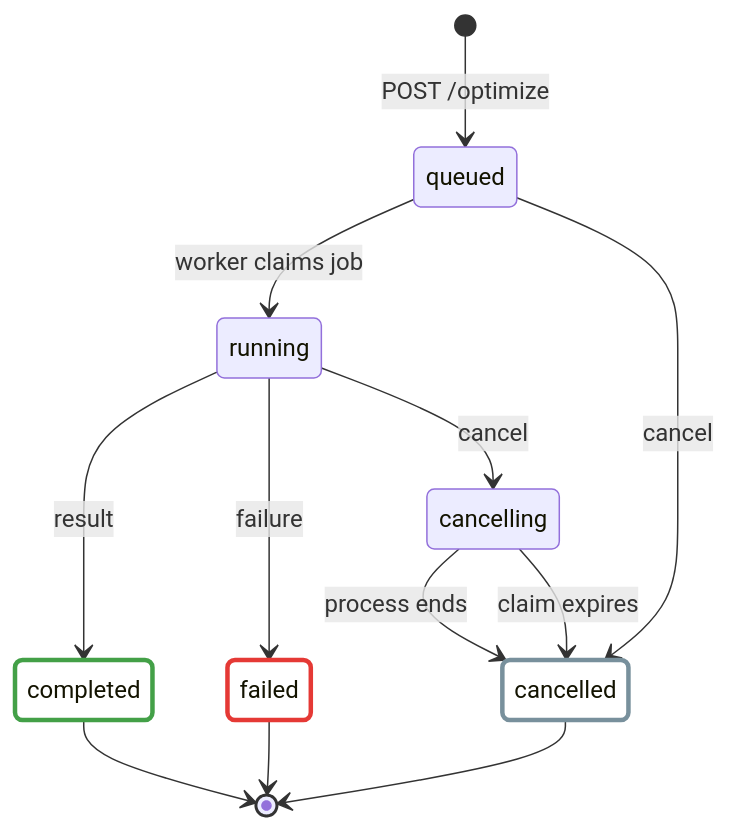
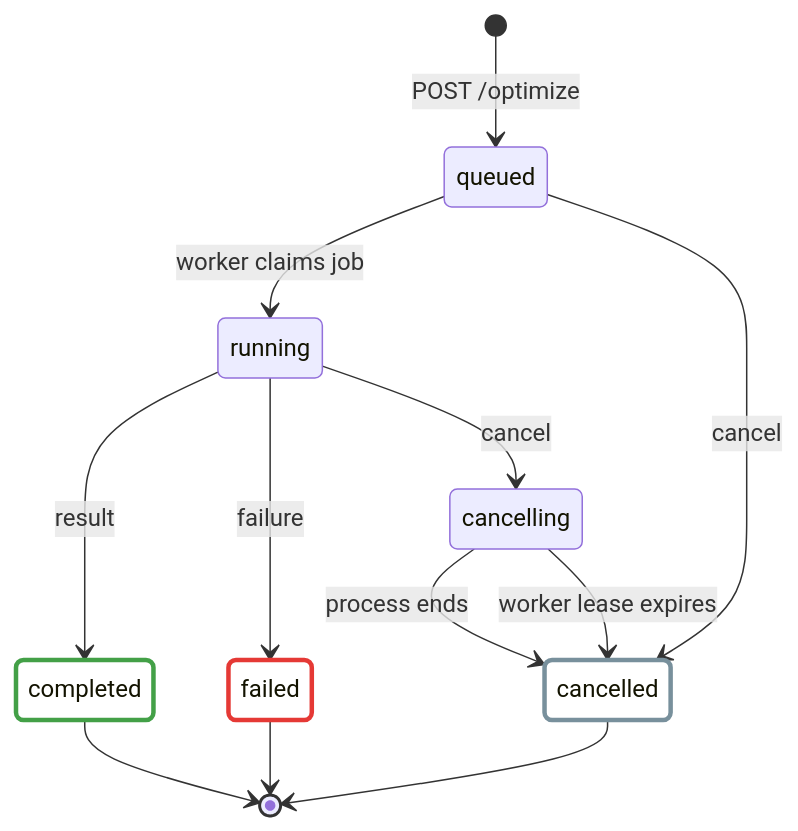
One commit to j3soon/nurse-scheduling changed the second of 2 diagrams in docs/backend-server.md. Above: the diagram before and after it, drawn with Mermaid. The commit also changed other lines of this file and 20 other files, not shown here.

````diff
--- a/docs/backend-server.md
+++ b/docs/backend-server.md
@@ -91,21 +93,21 @@
 ```mermaid
 stateDiagram-v2
     [*] --> queued: POST /optimize
     queued --> running: worker claims job
     queued --> cancelled: cancel
     running --> completed: result
     running --> failed: failure
     running --> cancelling: cancel
     cancelling --> cancelled: process ends
-    cancelling --> cancelled: claim expires
+    cancelling --> cancelled: worker lease expires
     completed --> [*]
     cancelled --> [*]
     failed --> [*]
 
     classDef completedState fill:transparent,stroke:#43a047,stroke-width:3px
     classDef cancelledState fill:transparent,stroke:#78909c,stroke-width:3px
     classDef failedState fill:transparent,stroke:#e53935,stroke-width:3px
     class completed completedState
     class cancelled cancelledState
     class failed failedState
 ```
````
